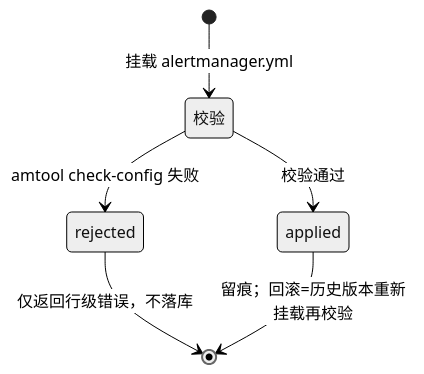
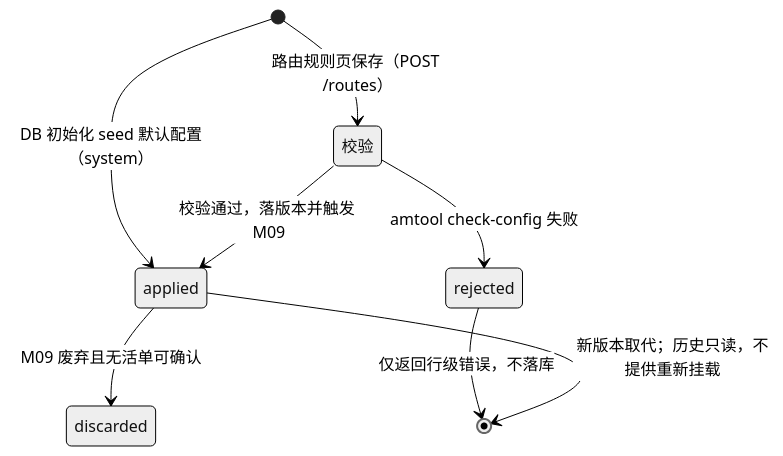
The first of 3 diagrams in docs/02-product-requirements/Modules/Module_08_Alertmanager_Notification_Management.md (vickiechen1128/CNCF_Monitor), drawn with Mermaid (neutral theme) before and after one commit. The commit also changed other lines of this file and 1 other file, not shown here.

First line of the commit message:
module-08: PRD v1.19~v1.20 dev-feedback #45~#48 收割 - 路由后端生成 / 默认配置 seed / 接收人收敛 / 模板可变实体 / 自定义 Webhook

````diff
--- a/docs/02-product-requirements/Modules/Module_08_Alertmanager_Notification_Management.md
+++ b/docs/02-product-requirements/Modules/Module_08_Alertmanager_Notification_Management.md
@@ -540,8 +582,10 @@
 ```mermaid
 stateDiagram-v2
-    [*] --> 校验: 挂载 alertmanager.yml
+    [*] --> applied: DB 初始化 seed 默认配置（system）
+    [*] --> 校验: 路由规则页保存（POST /routes）
     校验 --> rejected: amtool check-config 失败
     rejected --> [*]: 仅返回行级错误，不落库
-    校验 --> applied: 校验通过
-    applied --> [*]: 留痕；回滚=历史版本重新挂载再校验
+    校验 --> applied: 校验通过，落版本并触发 M09
+    applied --> discarded: M09 废弃且无活单可确认
+    applied --> [*]: 新版本取代；历史只读，不提供重新挂载
 ```
````
